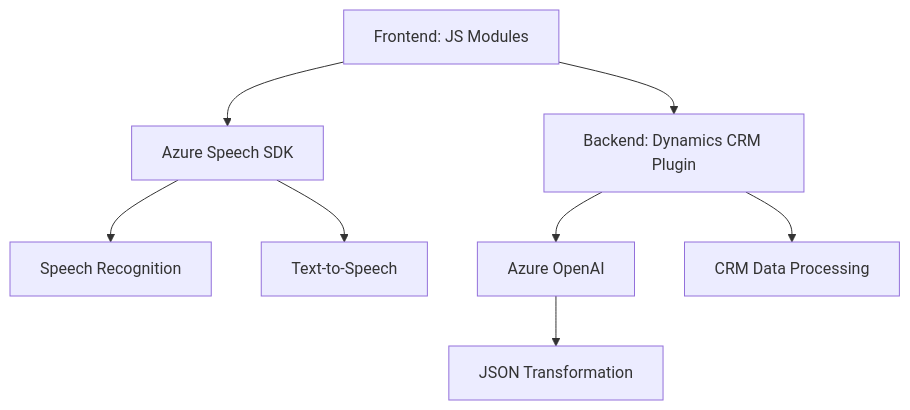
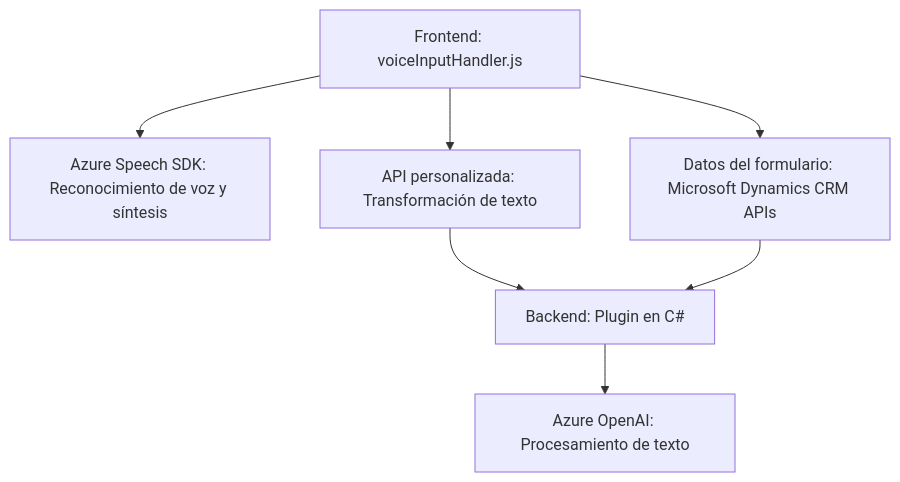
Before and after one commit to blopezdm/NETCORE_BILBAO2025: the diagram in README.md, drawn with Mermaid. The commit also changed other lines of this file, not shown here.

````diff
--- a/README.md
+++ b/README.md
@@ -32,10 +38,9 @@
 ```mermaid
 graph TD
-    A["Frontend: JS Modules"] --> B["Azure Speech SDK"]
-    A --> C["Backend: Dynamics CRM Plugin"]
-    B --> D["Speech Recognition"]
-    B --> E["Text-to-Speech"]
-    C --> F["Azure OpenAI"]
-    F --> G["JSON Transformation"]
-    C --> H["CRM Data Processing"]
+A["Frontend: voiceInputHandler.js"] --> B["Azure Speech SDK: Reconocimiento de voz y síntesis"]
+A --> C["Datos del formulario: Microsoft Dynamics CRM APIs"]
+A --> D["API personalizada: Transformación de texto"]
+D --> E["Backend: Plugin en C#"]
+E --> F["Azure OpenAI: Procesamiento de texto"]
+C --> E
 ```
````
